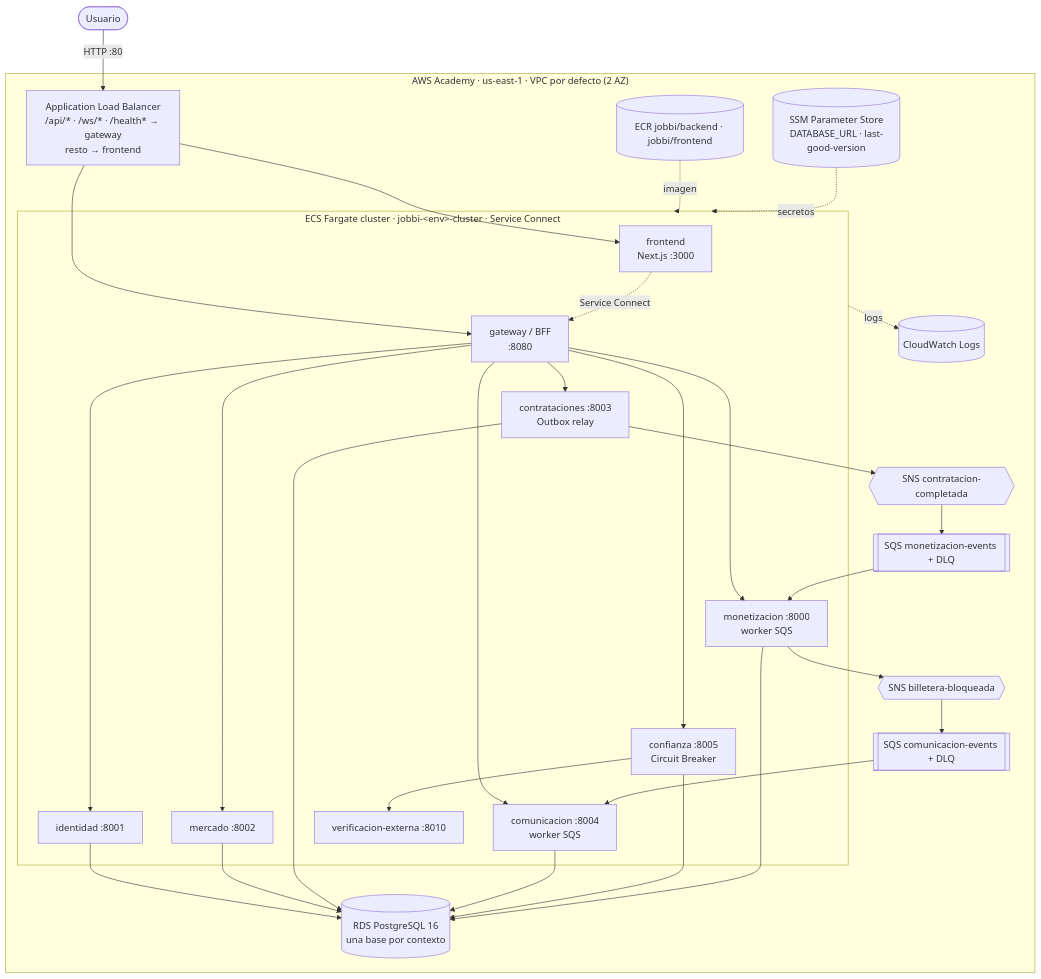
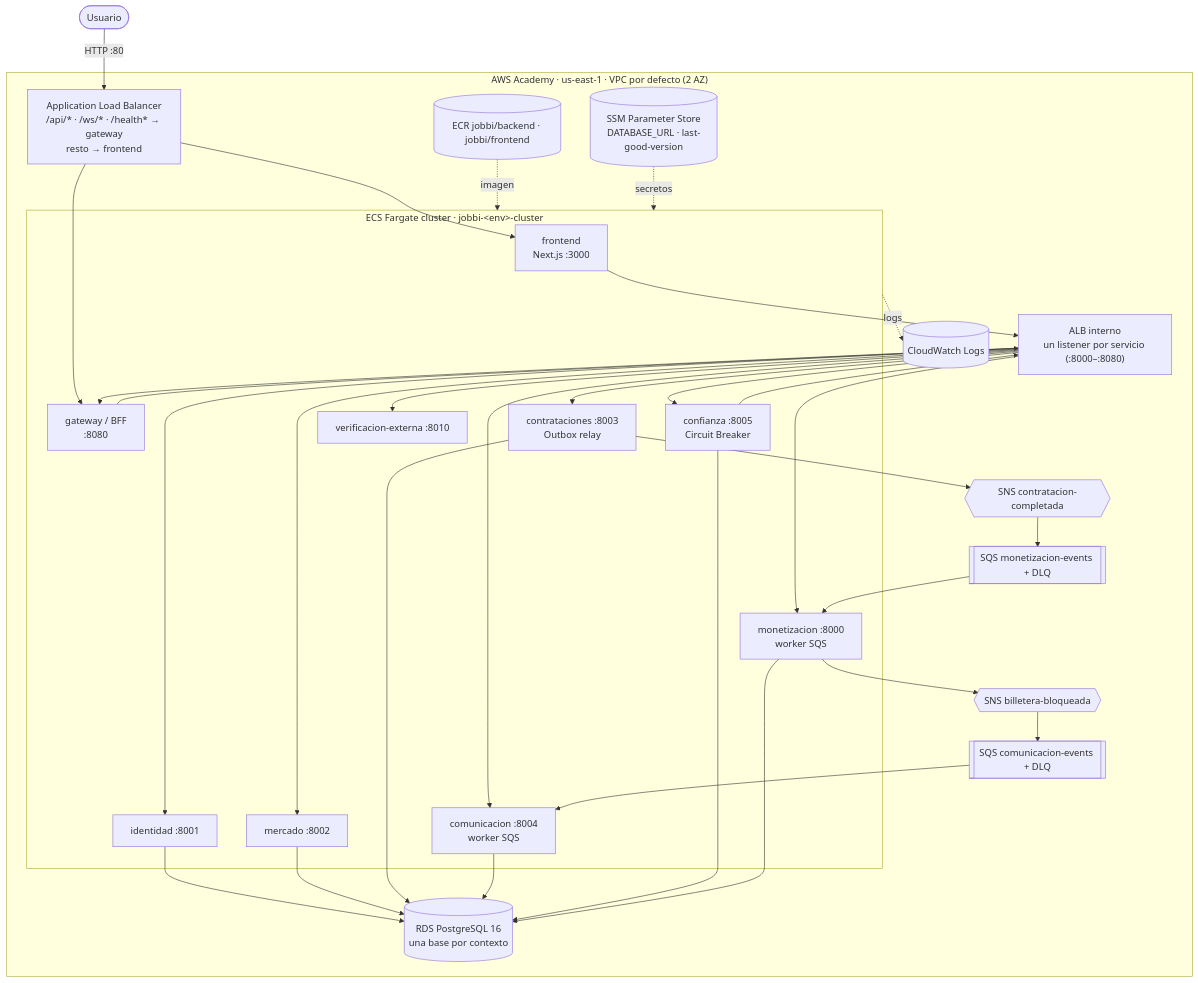
The third of 3 diagrams in docs/cicd.md (mateomunozb/jobbi), drawn with Mermaid before and after one commit. The commit also changed other lines of this file and 13 other files, not shown here.

````diff
--- a/docs/cicd.md
+++ b/docs/cicd.md
@@ -186,36 +186,38 @@
 ```mermaid
 flowchart TB
   user([Usuario]) -->|HTTP :80| ALB
   subgraph AWS["AWS Academy · us-east-1 · VPC por defecto (2 AZ)"]
     ALB["Application Load Balancer<br/>/api/* · /ws/* · /health* → gateway<br/>resto → frontend"]
-    subgraph ECS["ECS Fargate cluster · jobbi-&lt;env&gt;-cluster · Service Connect"]
+    INT["ALB interno<br/>un listener por servicio (:8000–:8080)"]
+    subgraph ECS["ECS Fargate cluster · jobbi-&lt;env&gt;-cluster"]
       FE[frontend<br/>Next.js :3000]
       GW[gateway / BFF<br/>:8080]
       ID[identidad :8001]
       ME[mercado :8002]
       CO[contrataciones :8003<br/>Outbox relay]
       CM[comunicacion :8004<br/>worker SQS]
       CF[confianza :8005<br/>Circuit Breaker]
       MO[monetizacion :8000<br/>worker SQS]
       VE[verificacion-externa :8010]
     end
     RDS[(RDS PostgreSQL 16<br/>una base por contexto)]
     SNS1{{SNS contratacion-completada}}
     SQS1[[SQS monetizacion-events + DLQ]]
     SNS2{{SNS billetera-bloqueada}}
     SQS2[[SQS comunicacion-events + DLQ]]
     ECR[(ECR jobbi/backend · jobbi/frontend)]
     SSM[(SSM Parameter Store<br/>DATABASE_URL · last-good-version)]
     CW[(CloudWatch Logs)]
   end
   ALB --> FE & GW
-  FE -.Service Connect.-> GW
-  GW --> ID & ME & CO & CM & CF & MO
-  CF --> VE
+  FE --> INT
+  GW --> INT
+  CF --> INT
+  INT --> GW & ID & ME & CO & CM & CF & MO & VE
   ID & ME & CO & CM & CF & MO --> RDS
   CO --> SNS1 --> SQS1 --> MO
   MO --> SNS2 --> SQS2 --> CM
   ECR -.imagen.-> ECS
   SSM -.secretos.-> ECS
   ECS -.logs.-> CW
 ```
````
